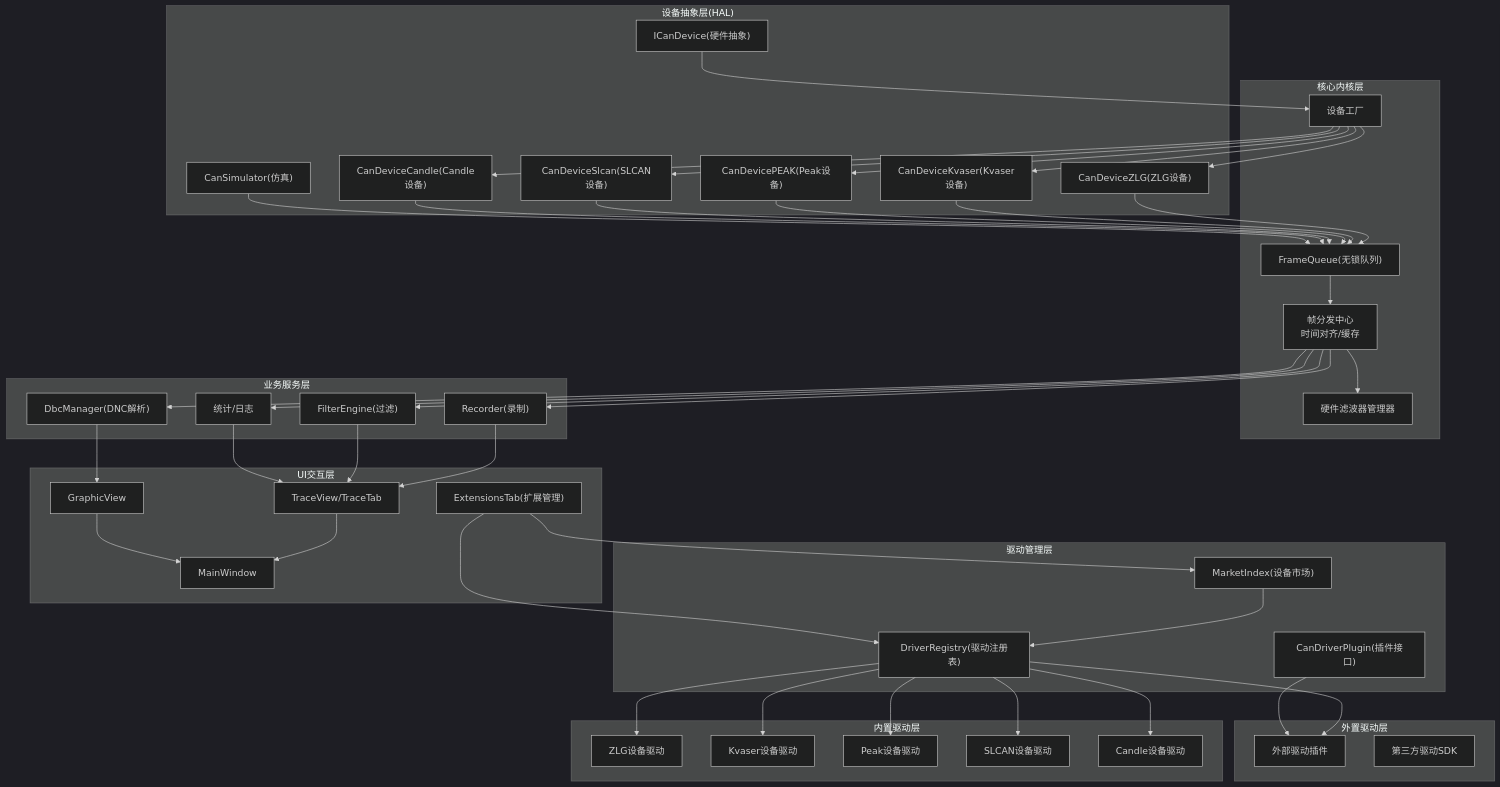
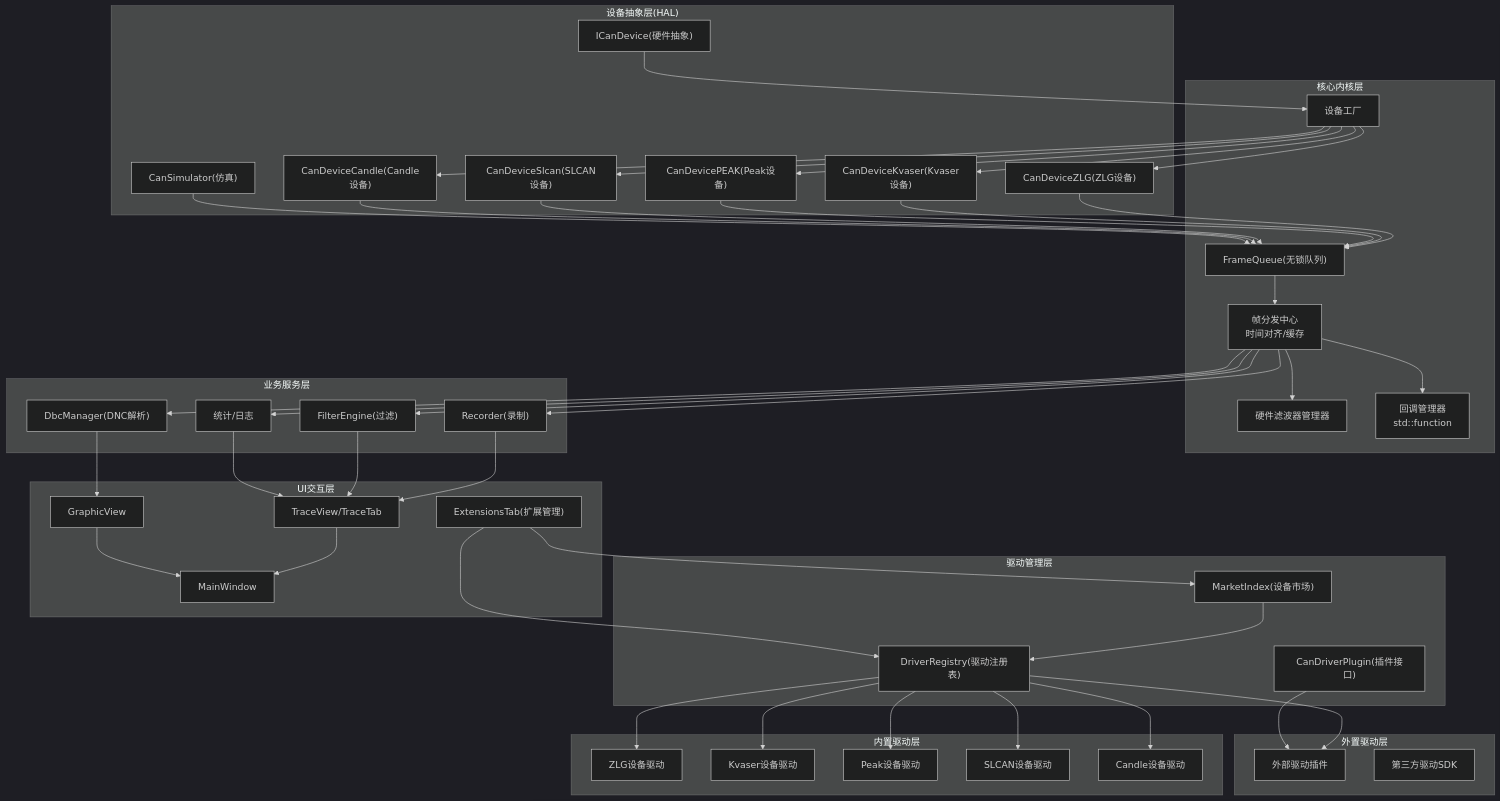
Before and after one commit to jakecai1225-design/OpenBus: the second of 10 diagrams in .qoder/repowiki/zh/content/核心模块详解/CAN设备管理系统.md, drawn with Mermaid (dark theme). The commit also changed other lines of this file and 58 other files, not shown here.

````diff
--- a/.qoder/repowiki/zh/content/核心模块详解/CAN设备管理系统.md
+++ b/.qoder/repowiki/zh/content/核心模块详解/CAN设备管理系统.md
@@ -173,80 +175,82 @@
 ```mermaid
 graph TB
 subgraph "驱动管理层"
 DR["DriverRegistry(驱动注册表)"]
 MI["MarketIndex(设备市场)"]
 CDP["CanDriverPlugin(插件接口)"]
 end
 subgraph "内置驱动层"
 BD1["ZLG设备驱动"]
 BD2["Kvaser设备驱动"]
 BD3["Peak设备驱动"]
 BD4["SLCAN设备驱动"]
 BD5["Candle设备驱动"]
 end
 subgraph "外置驱动层"
 ED1["外部驱动插件"]
 ED2["第三方驱动SDK"]
 end
 subgraph "设备抽象层(HAL)"
 HAL1["ICanDevice(硬件抽象)"]
 HAL2["CanDeviceZLG(ZLG设备)"]
 HAL3["CanDeviceKvaser(Kvaser设备)"]
 HAL4["CanDevicePEAK(Peak设备)"]
 HAL5["CanDeviceSlcan(SLCAN设备)"]
 HAL6["CanDeviceCandle(Candle设备)"]
 HAL7["CanSimulator(仿真)"]
 end
 subgraph "核心内核层"
 Core["帧分发中心<br/>时间对齐/缓存"]
 MQ["FrameQueue(无锁队列)"]
 Factory["设备工厂"]
 FilterMgr["硬件滤波器管理器"]
+CBM["回调管理器<br/>std::function"]
 end
 subgraph "业务服务层"
 S1["Recorder(录制)"]
 S2["FilterEngine(过滤)"]
 S3["DbcManager(DNC解析)"]
 S4["统计/日志"]
 end
 subgraph "UI交互层"
 UI1["TraceView/TraceTab"]
 UI2["GraphicView"]
 UI3["MainWindow"]
 UI4["ExtensionsTab(扩展管理)"]
 end
 DR --> BD1
 DR --> BD2
 DR --> BD3
 DR --> BD4
 DR --> BD5
 DR --> ED1
 MI --> DR
 CDP --> ED1
 HAL1 --> Factory
 Factory --> HAL2
 Factory --> HAL3
 Factory --> HAL4
 Factory --> HAL5
 Factory --> HAL6
 HAL2 --> MQ
 HAL3 --> MQ
 HAL4 --> MQ
 HAL5 --> MQ
 HAL6 --> MQ
 HAL7 --> MQ
 MQ --> Core
 Core --> FilterMgr
+Core --> CBM
 Core --> S1
 Core --> S2
 Core --> S3
 Core --> S4
 S1 --> UI1
 S2 --> UI1
 S3 --> UI2
 S4 --> UI1
 UI1 --> UI3
 UI2 --> UI3
 UI4 --> DR
 UI4 --> MI
 ```
````
